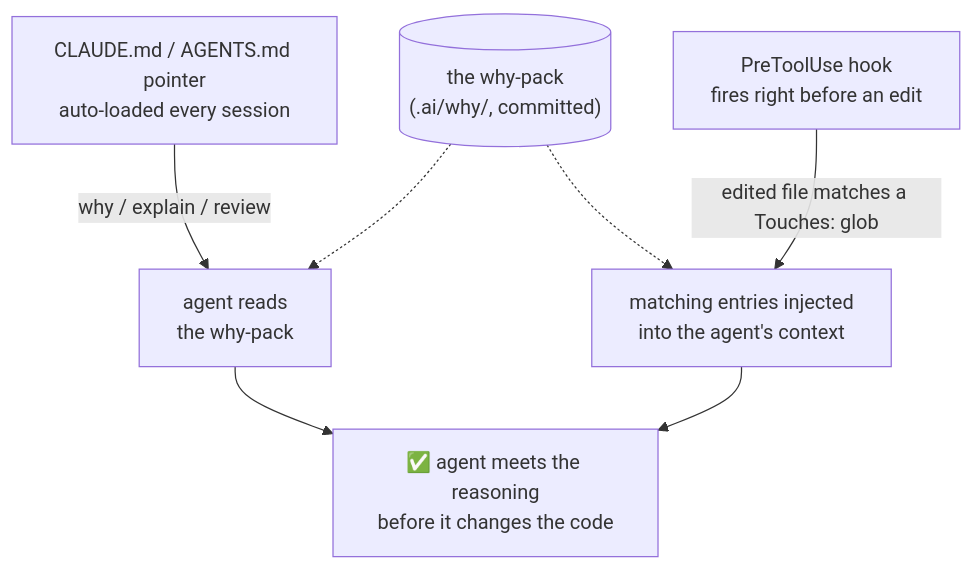
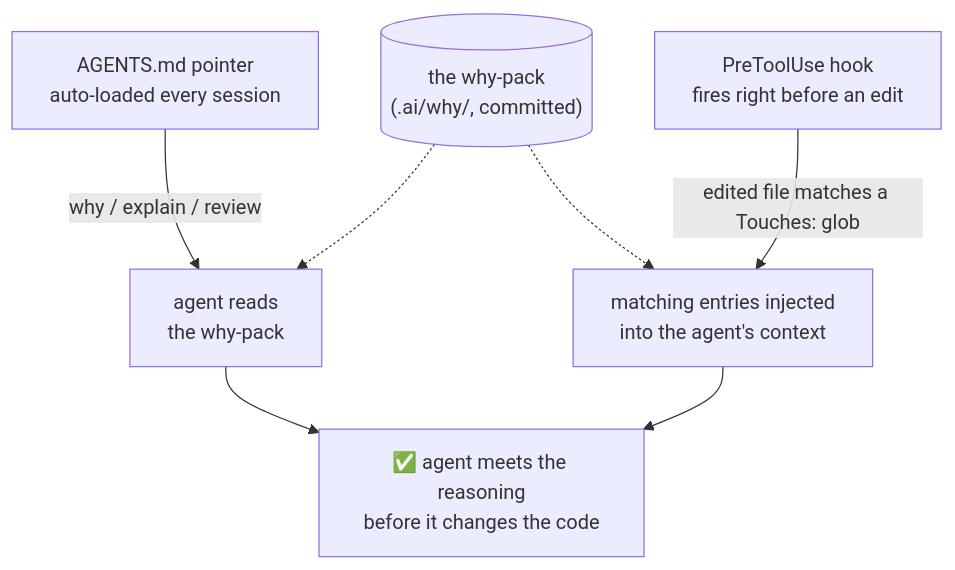
Before and after one commit to borg0ai/dx-reasongraph: the diagram in README.md, drawn with Mermaid. The commit also changed other lines of this file and 9 other files, not shown here.

First line of the commit message:
refactor: write the read-side pointer to AGENTS.md, not CLAUDE.md

````diff
--- a/README.md
+++ b/README.md
@@ -54,16 +54,16 @@
 ```mermaid
 flowchart TD
     why[("the why-pack<br/>(.ai/why/, committed)")]
 
-    claude["CLAUDE.md / AGENTS.md pointer<br/>auto-loaded every session"]
+    agents["AGENTS.md pointer<br/>auto-loaded every session"]
     hook["PreToolUse hook<br/>fires right before an edit"]
 
-    claude -->|"why / explain / review"| read["agent reads<br/>the why-pack"]
+    agents -->|"why / explain / review"| read["agent reads<br/>the why-pack"]
     hook -->|"edited file matches a Touches: glob"| inject["matching entries injected<br/>into the agent's context"]
 
     why -.-> read
     why -.-> inject
 
     read --> meets["✅ agent meets the reasoning<br/>before it changes the code"]
     inject --> meets
 ```
````
